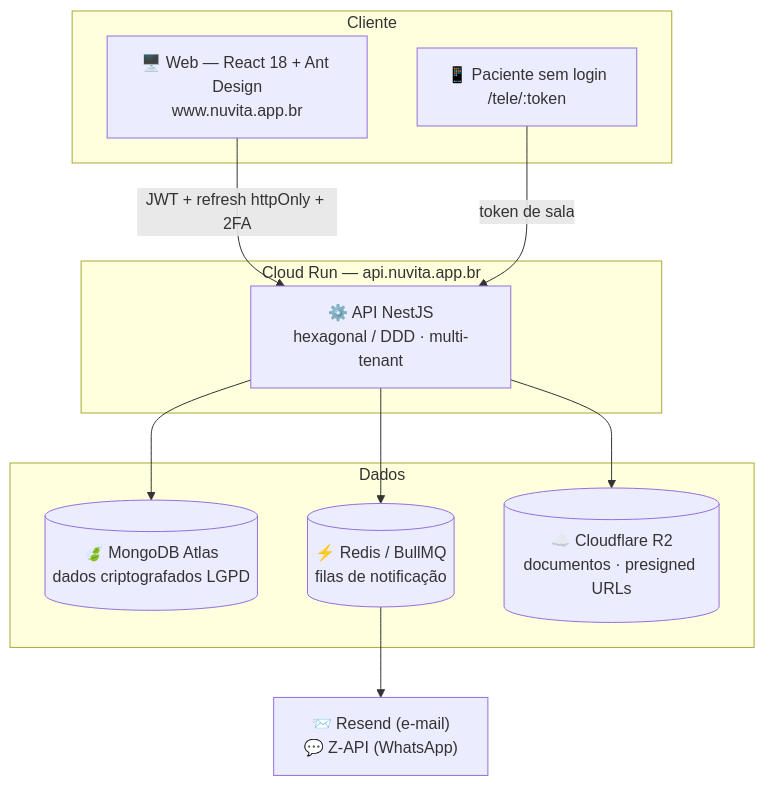
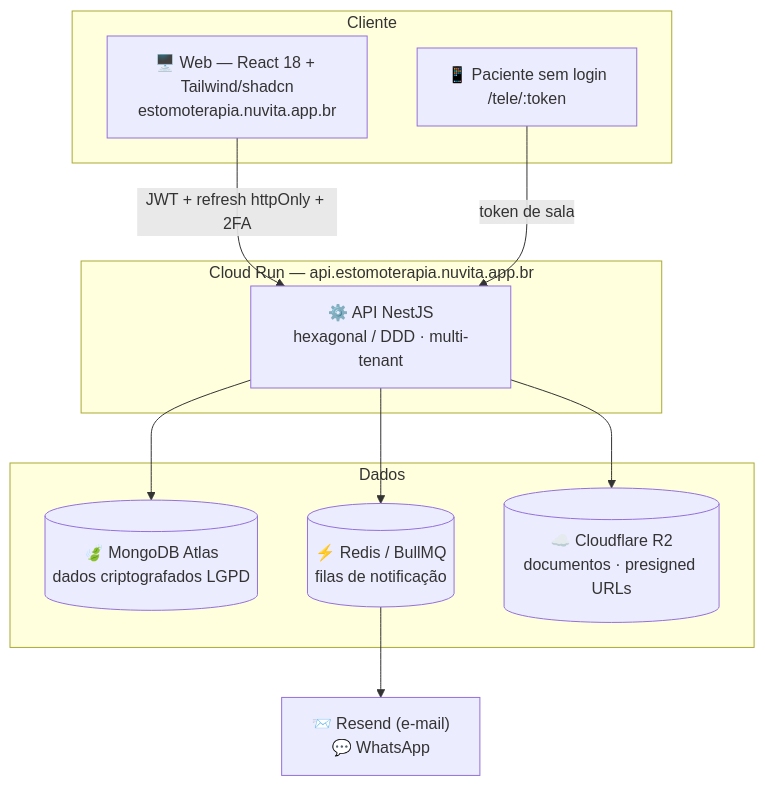
The diagram in README.md (ericolimaeducador-ux/Nuvita_2.1), drawn with Mermaid before and after one commit. The commit also changed other lines of this file and 2 other files, not shown here.

````diff
--- a/README.md
+++ b/README.md
@@ -141,22 +106,22 @@
 ```mermaid
 flowchart TB
     subgraph Cliente
-        W["🖥️ Web — React 18 + Ant Design<br/>www.nuvita.app.br"]
+        W["🖥️ Web — React 18 + Tailwind/shadcn<br/>estomoterapia.nuvita.app.br"]
         T["📱 Paciente sem login<br/>/tele/:token"]
     end
-    subgraph "Cloud Run — api.nuvita.app.br"
+    subgraph "Cloud Run — api.estomoterapia.nuvita.app.br"
         API["⚙️ API NestJS<br/>hexagonal / DDD · multi-tenant"]
     end
     subgraph Dados
         M[("🍃 MongoDB Atlas<br/>dados criptografados LGPD")]
         R[("⚡ Redis / BullMQ<br/>filas de notificação")]
         S3[("☁️ Cloudflare R2<br/>documentos · presigned URLs")]
     end
-    N["📨 Resend (e-mail)<br/>💬 Z-API (WhatsApp)"]
+    N["📨 Resend (e-mail)<br/>💬 WhatsApp"]
     W -->|"JWT + refresh httpOnly + 2FA"| API
     T -->|"token de sala"| API
     API --> M
     API --> R
     API --> S3
     R --> N
 ```
````
